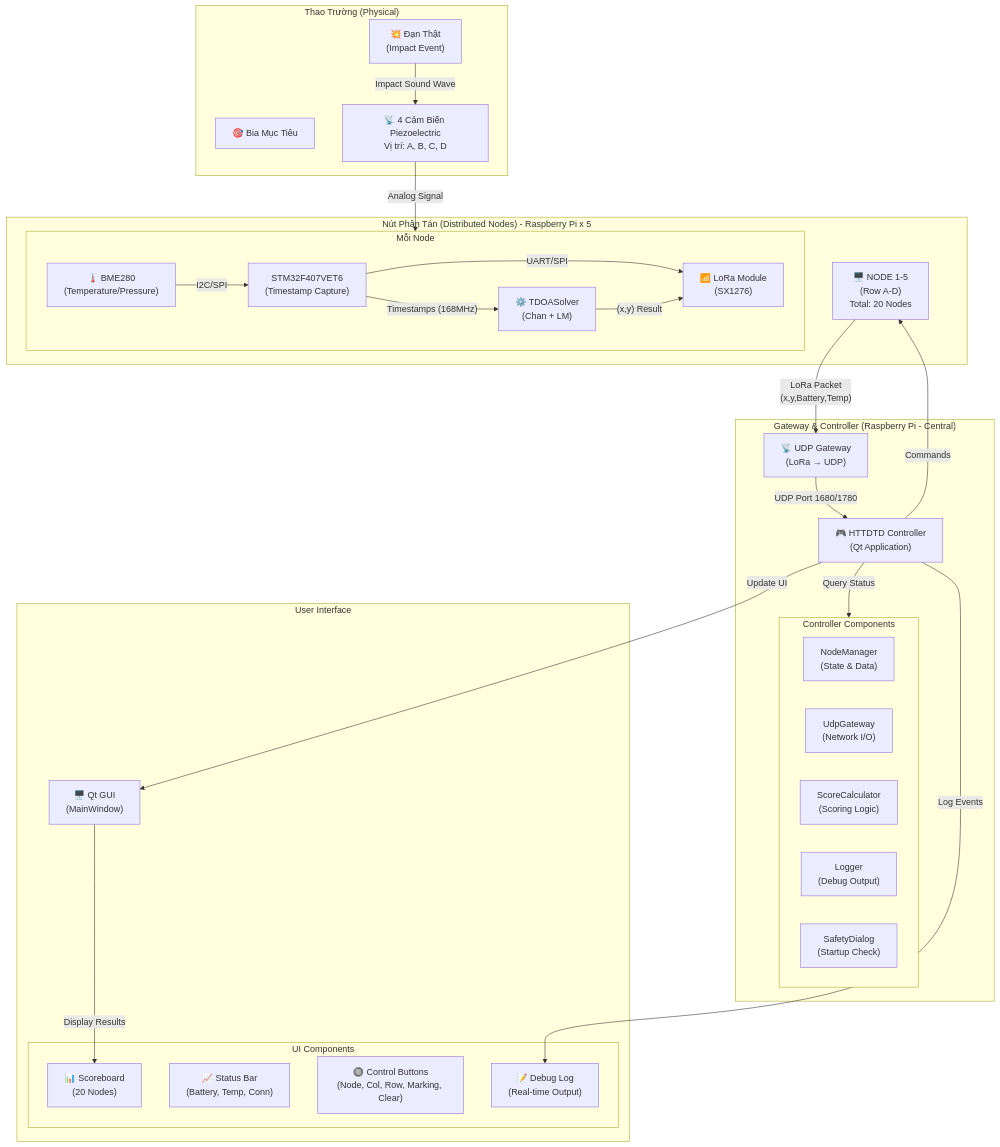
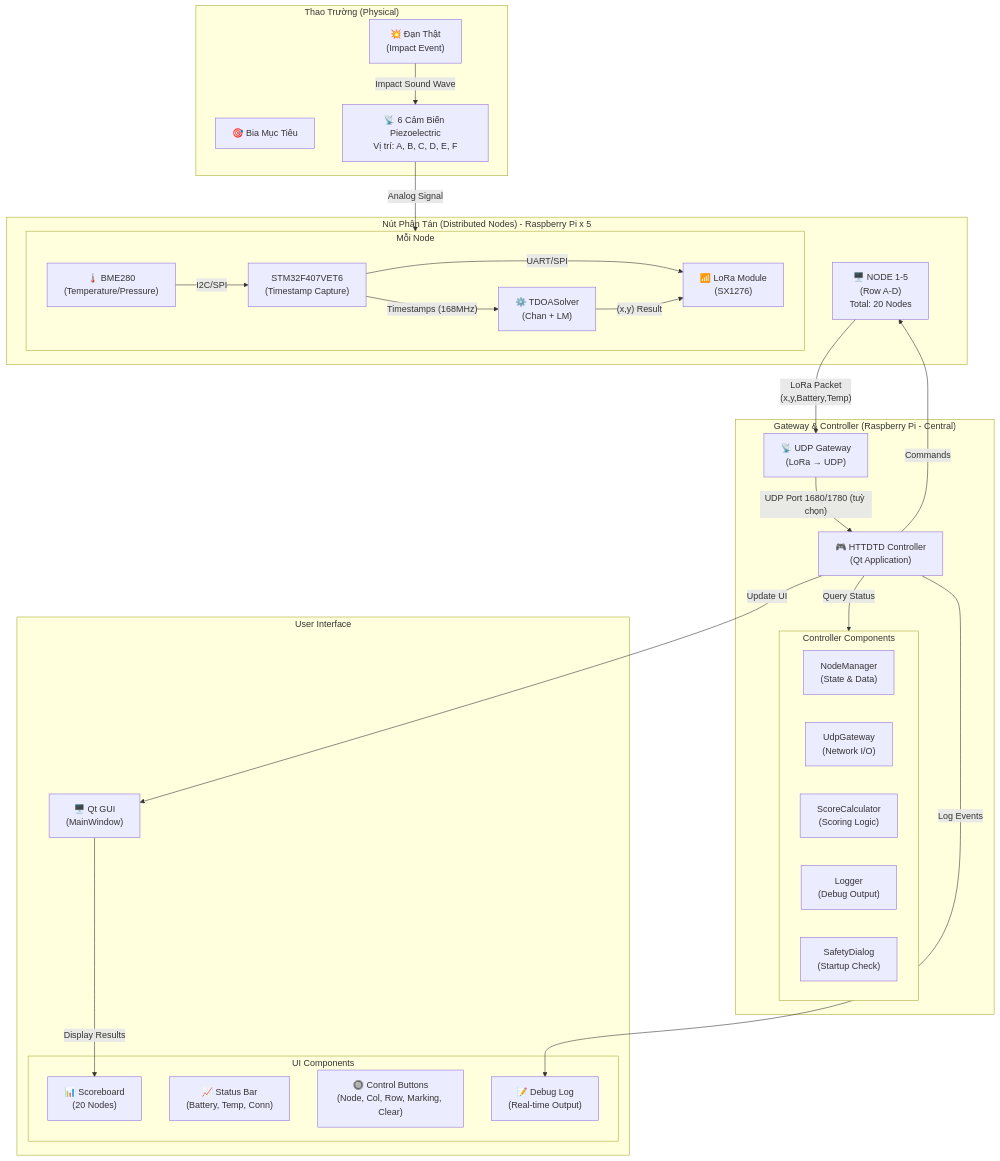
One commit to Dunghero1412/HTTDTD_v3.1 changed the first of 14 diagrams in docs/MERMAID.md. Above: the diagram before and after it, drawn with Mermaid. The commit also changed other lines of this file, not shown here.

````diff
--- a/docs/MERMAID.md
+++ b/docs/MERMAID.md
@@ -5,60 +5,60 @@
 ```mermaid
 graph TB
     subgraph "Thao Trường (Physical)"
         TARGET["🎯 Bia Mục Tiêu"]
-        SENSORS["📡 4 Cảm Biến Piezoelectric<br/>Vị trí: A, B, C, D"]
+        SENSORS["📡 6 Cảm Biến Piezoelectric<br/>Vị trí: A, B, C, D, E, F"]
         BULLET["💥 Đạn Thật<br/>(Impact Event)"]
     end
 
     subgraph "Nút Phân Tán (Distributed Nodes) - Raspberry Pi x 5"
         NODE["🖥️ NODE 1-5<br/>(Row A-D)<br/>Total: 20 Nodes"]
         
         subgraph "Mỗi Node"
             direction LR
             STM32["STM32F407VET6<br/>(Timestamp Capture)"]
             BME280["🌡️ BME280<br/>(Temperature/Pressure)"]
             LORA["📶 LoRa Module<br/>(SX1276)"]
             TDOA_CALC["⚙️ TDOASolver<br/>(Chan + LM)"]
             
             STM32 -->|"UART/SPI"| LORA
             BME280 -->|"I2C/SPI"| STM32
             STM32 -->|"Timestamps (168MHz)"| TDOA_CALC
             TDOA_CALC -->|"(x,y) Result"| LORA
         end
     end
 
     subgraph "Gateway & Controller (Raspberry Pi - Central)"
         GATEWAY["📡 UDP Gateway<br/>(LoRa → UDP)"]
         CONTROLLER["🎮 HTTDTD Controller<br/>(Qt Application)"]
         
         subgraph "Controller Components"
             direction LR
             NODEMAN["NodeManager<br/>(State & Data)"]
             UDPGW["UdpGateway<br/>(Network I/O)"]
             SCORECALC["ScoreCalculator<br/>(Scoring Logic)"]
             LOGGER["Logger<br/>(Debug Output)"]
             SAFETYDIA["SafetyDialog<br/>(Startup Check)"]
         end
     end
 
     subgraph "User Interface"
         UI["🖥️ Qt GUI<br/>(MainWindow)"]
         
         subgraph "UI Components"
             SCOREBOARD["📊 Scoreboard<br/>(20 Nodes)"]
             STATUSBAR["📈 Status Bar<br/>(Battery, Temp, Conn)"]
             BUTTONS["🔘 Control Buttons<br/>(Node, Col, Row, Marking, Clear)"]
             DEBUGLOG["📝 Debug Log<br/>(Real-time Output)"]
         end
     end
 
     BULLET -->|"Impact Sound Wave"| SENSORS
     SENSORS -->|"Analog Signal"| STM32
     NODE -->|"LoRa Packet<br/>(x,y,Battery,Temp)"| GATEWAY
-    GATEWAY -->|"UDP Port 1680/1780"| CONTROLLER
+    GATEWAY -->|"UDP Port 1680/1780 (tuỳ chọn)"| CONTROLLER
     CONTROLLER -->|"Commands"| NODE
     CONTROLLER -->|"Update UI"| UI
     UI -->|"Display Results"| SCOREBOARD
     CONTROLLER -->|"Log Events"| DEBUGLOG
     CONTROLLER -->|"Query Status"| NODEMAN
 ```
````
